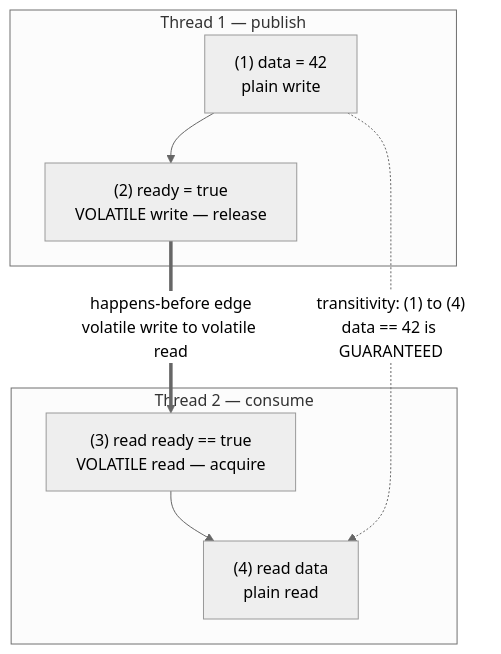
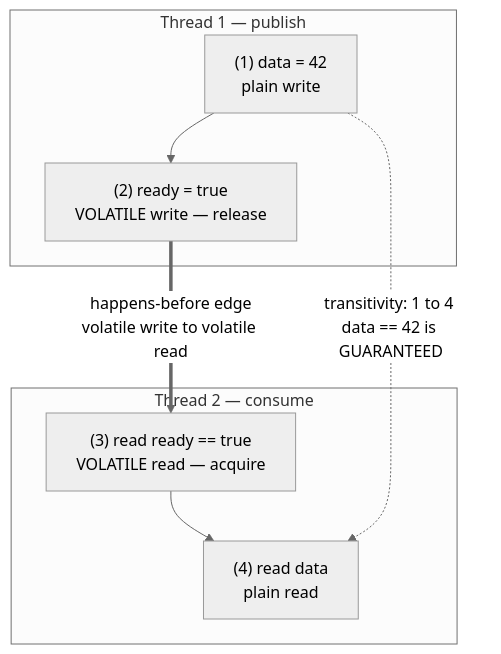
Before and after one commit to bumbsclaw/textbooks: the third of 7 diagrams in vol-04-concurrency/ch03-memory-models.md, drawn with Mermaid (neutral theme). The commit also changed other lines of this file and 173 other files, not shown here.

First line of the commit message:
fix(mermaid): close note brackets, semicolons in Notes, stateDiagram br -> dash, edge parens

````diff
--- a/vol-04-concurrency/ch03-memory-models.md
+++ b/vol-04-concurrency/ch03-memory-models.md
@@ -309,11 +309,11 @@
 ```mermaid
 flowchart TB
   subgraph T1["Thread 1 — publish"]
     A1["(1) data = 42<br/>plain write"] --> A2["(2) ready = true<br/>VOLATILE write — release"]
   end
   subgraph T2["Thread 2 — consume"]
     B1["(3) read ready == true<br/>VOLATILE read — acquire"] --> B2["(4) read data<br/>plain read"]
   end
-  A2 ==>|"happens-before edge<br/>volatile write to volatile read"| B1
-  A1 -.->|"transitivity: (1) to (4)<br/>data == 42 is GUARANTEED"| B2
+  A2 ==>|"happens-before edge<br >volatile write to volatile read"| B1
+  A1 -.->|"transitivity: 1 to 4 <br >data == 42 is GUARANTEED"| B2
 ```
````
